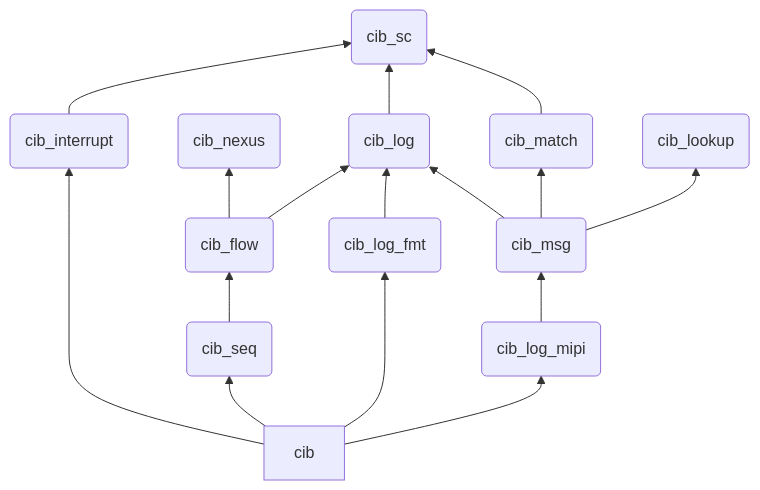
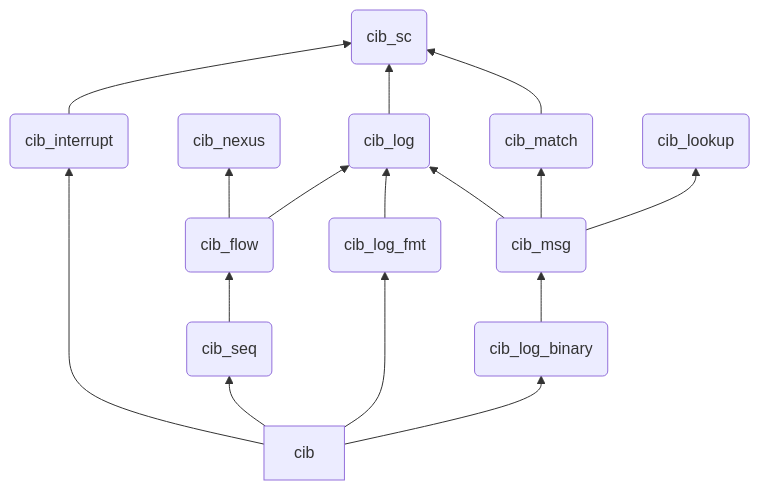
The diagram in docs/intro.adoc (intel/compile-time-init-build), drawn with Mermaid before and after one commit. The commit also changed 15 other files, not shown here.

First line of the commit message:
:art: Separate MIPI support from binary logger machinery

```diff
--- a/docs/intro.adoc
+++ b/docs/intro.adoc
@@ -57,24 +57,24 @@
 [mermaid, format="svg"]
 ----
 flowchart BT
   sc(cib_sc)
   nexus(cib_nexus)
   lookup(cib_lookup)
 
   flow(cib_flow) --> nexus
   flow --> log
 
   interrupt(cib_interrupt) --> sc
   match(cib_match) --> sc
   log(cib_log) --> sc
 
 
   log_fmt(cib_log_fmt) --> log
   msg(cib_msg) --> log & match
   msg --> lookup
 
-  log_mipi(cib_log_mipi) --> msg
+  log_binary(cib_log_binary) --> msg
   seq(cib_seq) --> flow
 
-  cib --> interrupt & seq & log_fmt & log_mipi
+  cib --> interrupt & seq & log_fmt & log_binary
 ----
```
